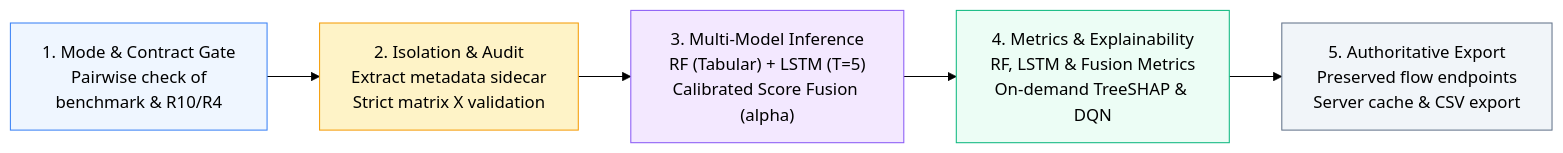
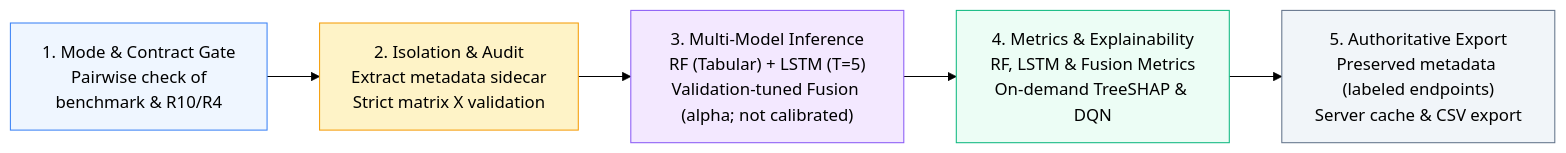
Before and after one commit to rishikeshgowdakk/fyp-xrlids: the second of 2 diagrams in README.md, drawn with Mermaid (forest theme). The commit also changed other lines of this file and 41 other files, not shown here.

````diff
--- a/README.md
+++ b/README.md
@@ -98,13 +98,13 @@
 ```mermaid
 flowchart LR
     S1["1. Mode & Contract Gate\nPairwise check of\nbenchmark & R10/R4"] --> S2["2. Isolation & Audit\nExtract metadata sidecar\nStrict matrix X validation"]
-    S2 --> S3["3. Multi-Model Inference\nRF (Tabular) + LSTM (T=5)\nCalibrated Score Fusion (alpha)"]
+    S2 -->    S3["3. Multi-Model Inference\nRF (Tabular) + LSTM (T=5)\nValidation-tuned Fusion (alpha; not calibrated)"]
     S3 --> S4["4. Metrics & Explainability\nRF, LSTM & Fusion Metrics\nOn-demand TreeSHAP & DQN"]
-    S4 --> S5["5. Authoritative Export\nPreserved flow endpoints\nServer cache & CSV export"]
+    S4 --> S5["5. Authoritative Export\nPreserved metadata (labeled endpoints)\nServer cache & CSV export"]
 
     style S1 fill:#eff6ff,stroke:#3b82f6
     style S2 fill:#fef3c7,stroke:#f59e0b
     style S3 fill:#f3e8ff,stroke:#8b5cf6
     style S4 fill:#ecfdf5,stroke:#10b981
     style S5 fill:#f1f5f9,stroke:#64748b
 ```
````
